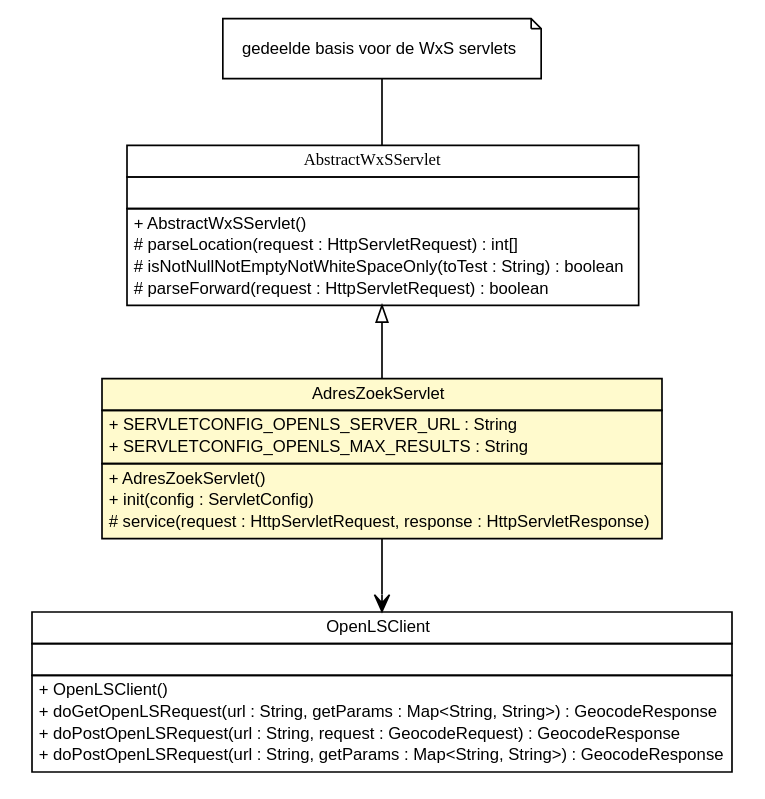
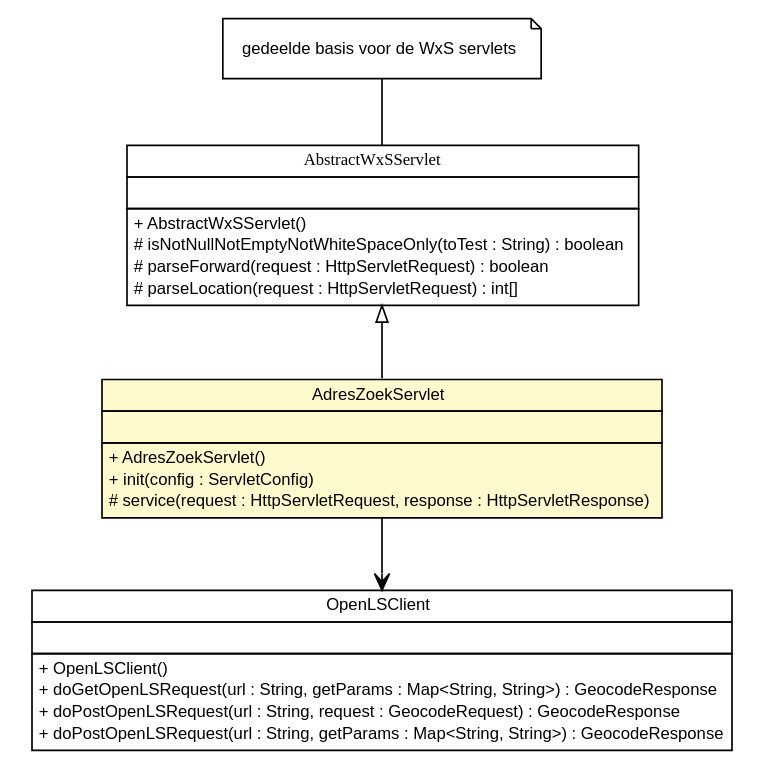
The diagram in apidocs/nl/mineleni/cbsviewer/servlet/gazetteer/AdresZoekServlet.dot (MinELenI/CBSviewer), drawn with Graphviz before and after one commit. The commit also changed 493 other files, not shown here.

```diff
--- a/apidocs/nl/mineleni/cbsviewer/servlet/gazetteer/AdresZoekServlet.dot
+++ b/apidocs/nl/mineleni/cbsviewer/servlet/gazetteer/AdresZoekServlet.dot
@@ -1,68 +1,67 @@
 #!/usr/local/bin/dot
 #
 # Class diagram 
 # Generated by UMLGraph version R5_6 (http://www.umlgraph.org/)
 #
 
 digraph G {
 	edge [fontname="arial",fontsize=10,labelfontname="arial",labelfontsize=10];
 	node [fontname="arial",fontsize=10,shape=plaintext];
 	nodesep=0.25;
 	ranksep=0.5;
 	// nl.mineleni.cbsviewer.servlet.AbstractWxSServlet
 	c1644 [label=<<table title="nl.mineleni.cbsviewer.servlet.AbstractWxSServlet" border="0" cellborder="1" cellspacing="0" cellpadding="2" port="p" href="../AbstractWxSServlet.html">
 		<tr><td><table border="0" cellspacing="0" cellpadding="1">
 <tr><td align="center" balign="center"><font face="arial italic"> AbstractWxSServlet </font></td></tr>
 		</table></td></tr>
 		<tr><td><table border="0" cellspacing="0" cellpadding="1">
 <tr><td align="left" balign="left">  </td></tr>
 		</table></td></tr>
 		<tr><td><table border="0" cellspacing="0" cellpadding="1">
 <tr><td align="left" balign="left"> + AbstractWxSServlet() </td></tr>
-<tr><td align="left" balign="left"> # parseLocation(request : HttpServletRequest) : int[] </td></tr>
 <tr><td align="left" balign="left"> # isNotNullNotEmptyNotWhiteSpaceOnly(toTest : String) : boolean </td></tr>
 <tr><td align="left" balign="left"> # parseForward(request : HttpServletRequest) : boolean </td></tr>
+<tr><td align="left" balign="left"> # parseLocation(request : HttpServletRequest) : int[] </td></tr>
 		</table></td></tr>
 		</table>>, URL="../AbstractWxSServlet.html", fontname="arial", fontcolor="black", fontsize=10.0];
 	// Note annotation
 	n0cc1644 [label=<<table title="nl.mineleni.cbsviewer.servlet.AbstractWxSServlet" border="0" cellborder="0" cellspacing="0" cellpadding="2" port="p" href="../AbstractWxSServlet.html">
 		<tr><td><table border="0" cellspacing="0" cellpadding="1">
 <tr><td align="left" balign="left"> gedeelde basis voor de WxS servlets </td></tr>
 		</table></td></tr>
 		</table>>, fontname="arial", fontcolor="black", fontsize=10.0, shape=note];
 	n0cc1644 -> c1644:p[arrowhead=none];
 	// nl.mineleni.cbsviewer.servlet.gazetteer.AdresZoekServlet
 	c1646 [label=<<table title="nl.mineleni.cbsviewer.servlet.gazetteer.AdresZoekServlet" border="0" cellborder="1" cellspacing="0" cellpadding="2" port="p" bgcolor="lemonChiffon" href="./AdresZoekServlet.html">
 		<tr><td><table border="0" cellspacing="0" cellpadding="1">
 <tr><td align="center" balign="center"> AdresZoekServlet </td></tr>
 		</table></td></tr>
 		<tr><td><table border="0" cellspacing="0" cellpadding="1">
-<tr><td align="left" balign="left"> + SERVLETCONFIG_OPENLS_SERVER_URL : String </td></tr>
-<tr><td align="left" balign="left"> + SERVLETCONFIG_OPENLS_MAX_RESULTS : String </td></tr>
+<tr><td align="left" balign="left">  </td></tr>
 		</table></td></tr>
 		<tr><td><table border="0" cellspacing="0" cellpadding="1">
 <tr><td align="left" balign="left"> + AdresZoekServlet() </td></tr>
 <tr><td align="left" balign="left"> + init(config : ServletConfig) </td></tr>
 <tr><td align="left" balign="left"> # service(request : HttpServletRequest, response : HttpServletResponse) </td></tr>
 		</table></td></tr>
 		</table>>, URL="./AdresZoekServlet.html", fontname="arial", fontcolor="black", fontsize=10.0];
 	// nl.mineleni.cbsviewer.servlet.gazetteer.lusclient.OpenLSClient
 	c1649 [label=<<table title="nl.mineleni.cbsviewer.servlet.gazetteer.lusclient.OpenLSClient" border="0" cellborder="1" cellspacing="0" cellpadding="2" port="p" href="./lusclient/OpenLSClient.html">
 		<tr><td><table border="0" cellspacing="0" cellpadding="1">
 <tr><td align="center" balign="center"> OpenLSClient </td></tr>
 		</table></td></tr>
 		<tr><td><table border="0" cellspacing="0" cellpadding="1">
 <tr><td align="left" balign="left">  </td></tr>
 		</table></td></tr>
 		<tr><td><table border="0" cellspacing="0" cellpadding="1">
 <tr><td align="left" balign="left"> + OpenLSClient() </td></tr>
 <tr><td align="left" balign="left"> + doGetOpenLSRequest(url : String, getParams : Map&lt;String, String&gt;) : GeocodeResponse </td></tr>
 <tr><td align="left" balign="left"> + doPostOpenLSRequest(url : String, request : GeocodeRequest) : GeocodeResponse </td></tr>
 <tr><td align="left" balign="left"> + doPostOpenLSRequest(url : String, getParams : Map&lt;String, String&gt;) : GeocodeResponse </td></tr>
 		</table></td></tr>
 		</table>>, URL="./lusclient/OpenLSClient.html", fontname="arial", fontcolor="black", fontsize=10.0];
 	//nl.mineleni.cbsviewer.servlet.gazetteer.AdresZoekServlet extends nl.mineleni.cbsviewer.servlet.AbstractWxSServlet
 	c1644:p -> c1646:p [dir=back,arrowtail=empty];
 	// nl.mineleni.cbsviewer.servlet.gazetteer.AdresZoekServlet NAVASSOC nl.mineleni.cbsviewer.servlet.gazetteer.lusclient.OpenLSClient
 	c1646:p -> c1649:p [taillabel="", label="", headlabel="", fontname="arial", fontcolor="black", fontsize=10.0, color="black", arrowhead=open];
 }
```
